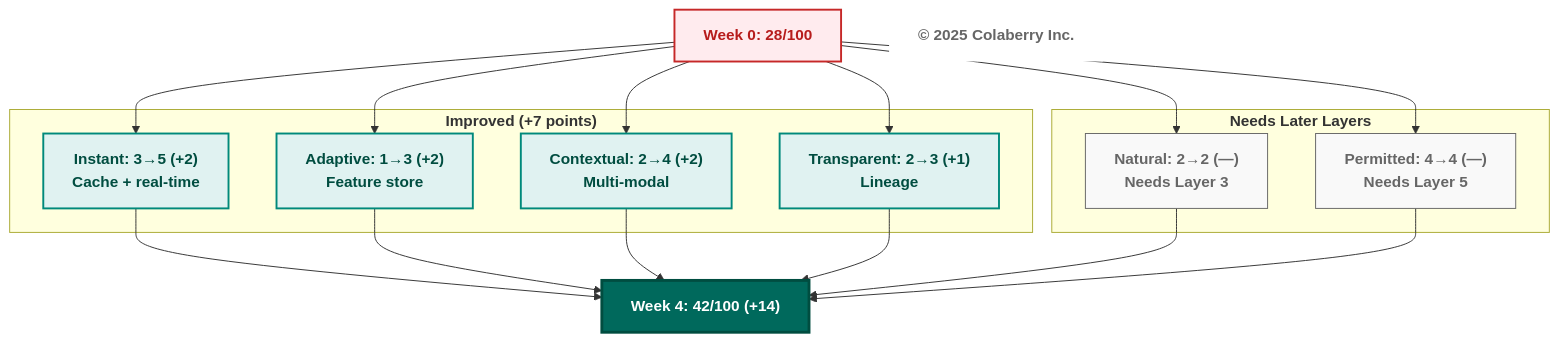
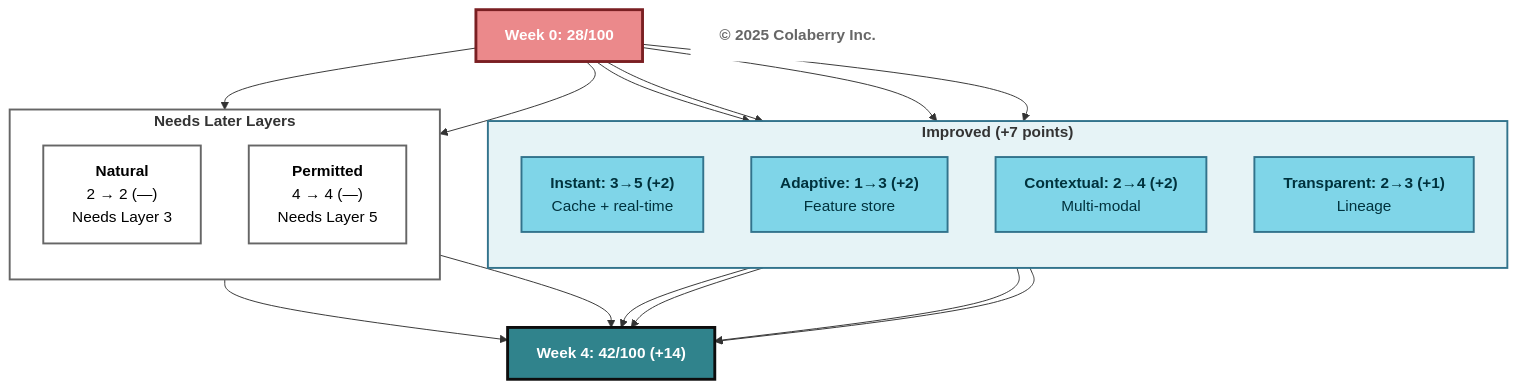
Diagram 11 of 11 in manuscript/05_chapter_4_foundation_layers.md (saitejesh-cyber/trust-before-intelligence-book), drawn with Mermaid before and after one commit. The commit also changed other lines of this file, not shown here.

Commit message:
Update mermaid diagrams as per new coloberry color and contrast ratio for chapter 5

````diff
--- a/manuscript/05_chapter_4_foundation_layers.md
+++ b/manuscript/05_chapter_4_foundation_layers.md
@@ -1139,34 +1147,38 @@
 ```mermaid
 graph TB
     BEFORE["<b>Week 0: 28/100</b>"]
     AFTER["<b>Week 4: 42/100 (+14)</b>"]
     
-    subgraph "<b>Improved (+7 points)</b>"
-        A1["<b>Instant: 3→5 (+2)</b><br/><b>Cache + real-time</b>"]
-        A4["<b>Adaptive: 1→3 (+2)</b><br/><b>Feature store</b>"]
-        A5["<b>Contextual: 2→4 (+2)</b><br/><b>Multi-modal</b>"]
-        A6["<b>Transparent: 2→3 (+1)</b><br/><b>Lineage</b>"]
+    subgraph IMPROVED["<b>Improved (+7 points)</b>"]
+        direction TB
+        A1["<b>Instant: 3→5 (+2)</b><br/>Cache + real-time"]
+        A4["<b>Adaptive: 1→3 (+2)</b><br/>Feature store"]
+        A5["<b>Contextual: 2→4 (+2)</b><br/>Multi-modal"]
+        A6["<b>Transparent: 2→3 (+1)</b><br/>Lineage"]
     end
     
-    subgraph "<b>Needs Later Layers</b>"
-        B2["<b>Natural: 2→2 (—)</b><br/><b>Needs Layer 3</b>"]
-        B3["<b>Permitted: 4→4 (—)</b><br/><b>Needs Layer 5</b>"]
+    subgraph LATER["<b>Needs Later Layers</b>"]
+        direction TB
+        B2["<b>Natural</b><br/>2 → 2 (—)<br/>Needs Layer 3"]
+        B3["<b>Permitted</b><br/>4 → 4 (—)<br/>Needs Layer 5"]
     end
     
     Copyright["<b>© 2025 Colaberry Inc.</b>"]
     
     BEFORE --> A1 & A4 & A5 & A6
     BEFORE --> B2 & B3
     A1 & A4 & A5 & A6 --> AFTER
     B2 & B3 --> AFTER
     
-    style BEFORE fill:#ffebee,stroke:#c62828,stroke-width:2px,color:#b71c1c
-    style AFTER fill:#00695c,color:#ffffff,stroke:#004d40,stroke-width:3px
-    style A1 fill:#e0f2f1,stroke:#00897b,stroke-width:2px,color:#004d40
-    style A4 fill:#e0f2f1,stroke:#00897b,stroke-width:2px,color:#004d40
-    style A5 fill:#e0f2f1,stroke:#00897b,stroke-width:2px,color:#004d40
-    style A6 fill:#e0f2f1,stroke:#00897b,stroke-width:2px,color:#004d40
-    style B2 fill:#f9f9f9,stroke:#666666,stroke-width:1px,color:#666666
-    style B3 fill:#f9f9f9,stroke:#666666,stroke-width:1px,color:#666666
+    style BEFORE fill:#EB898B,color:#ffffff,stroke:#7A1F22,stroke-width:3px
+    style IMPROVED fill:#E6F3F6,stroke:#32738C,stroke-width:2px
+    style A1 fill:#7FD5E8,stroke:#32738C,stroke-width:2px,color:#00323D
+    style A4 fill:#7FD5E8,stroke:#32738C,stroke-width:2px,color:#00323D
+    style A5 fill:#7FD5E8,stroke:#32738C,stroke-width:2px,color:#00323D
+    style A6 fill:#7FD5E8,stroke:#32738C,stroke-width:2px,color:#00323D
+    style LATER fill:#ffffff,stroke:#666666,stroke-width:2px
+    style B2 fill:#ffffff,stroke:#666666,stroke-width:2px,color:#000000
+    style B3 fill:#ffffff,stroke:#666666,stroke-width:2px,color:#000000
+    style AFTER fill:#30838C,color:#ffffff,stroke:#0D0D0D,stroke-width:3px
     style Copyright fill:#ffffff,stroke:none,color:#666666
 ```
````
